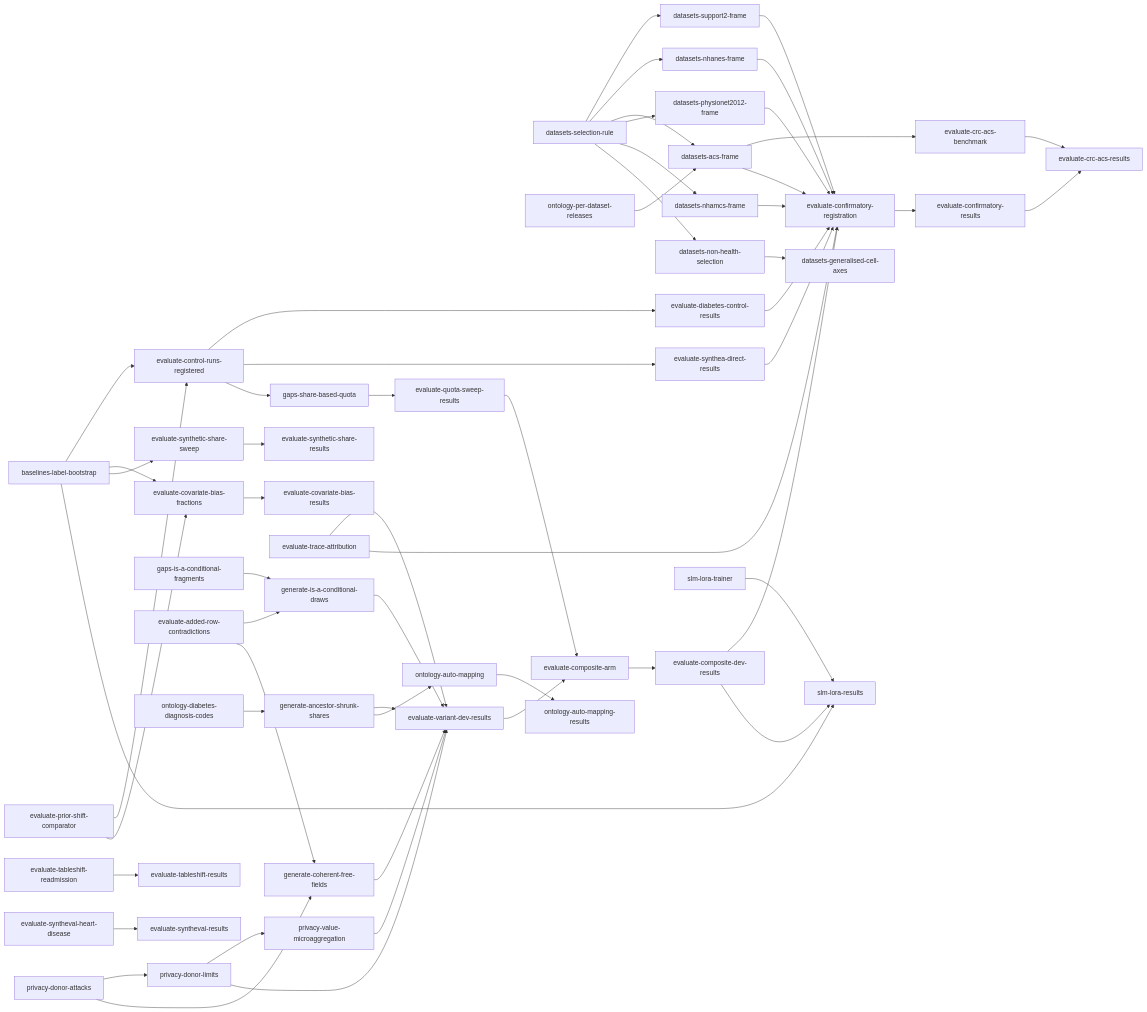
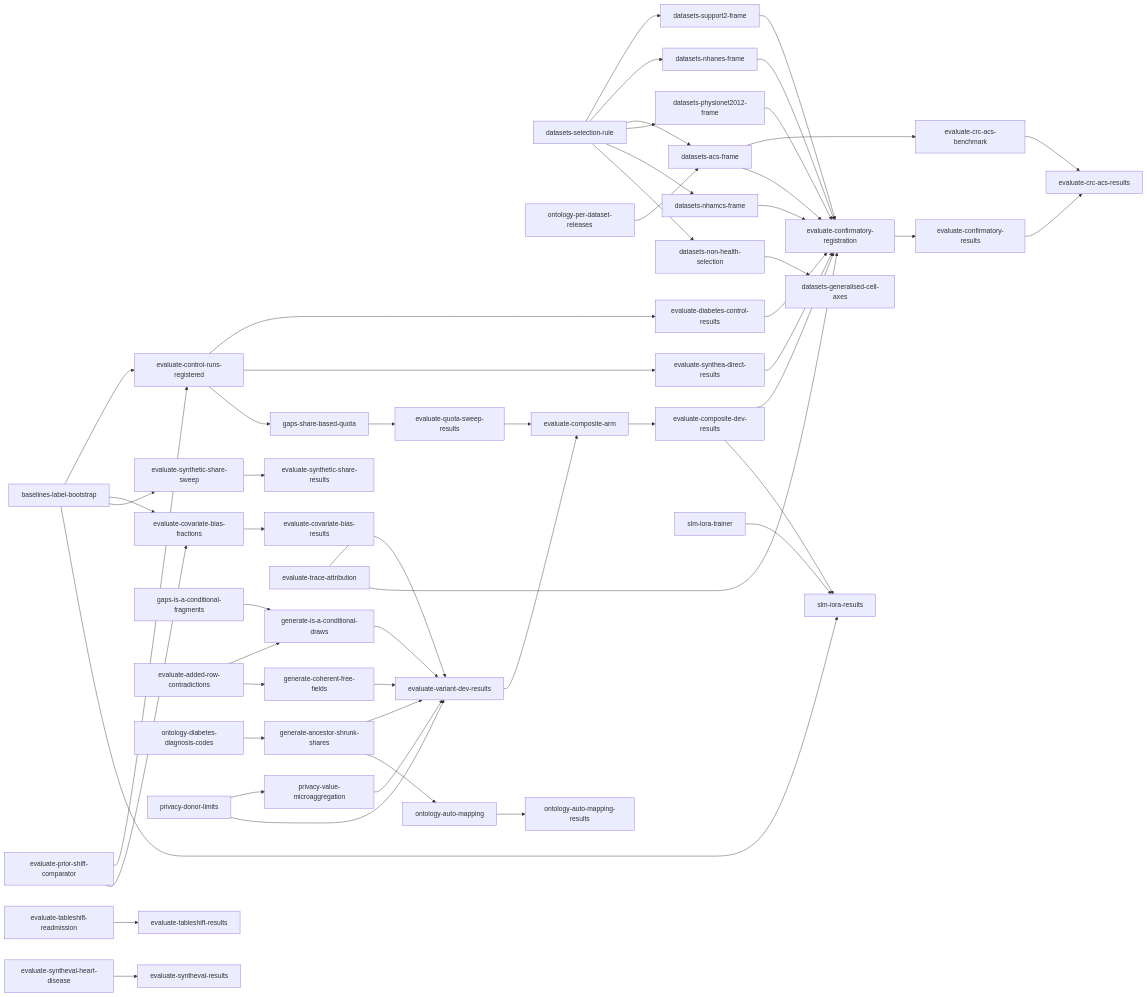
One commit to joe-dartmouth/synthetic changed the diagram in tasks/direct-index.md. Above: the diagram before and after it, drawn with Mermaid. The commit also changed other lines of this file and 18 other files, not shown here.

First line of the commit message:
Add the match attack and donor reuse to privacy (#115)

````diff
--- a/tasks/direct-index.md
+++ b/tasks/direct-index.md
@@ -86,58 +86,56 @@
 ```mermaid
 flowchart LR
     u4[baselines-label-bootstrap] --> u6[evaluate-control-runs-registered]
     u4 --> u37[evaluate-covariate-bias-fractions]
     u5[evaluate-prior-shift-comparator] --> u6
     u5 --> u37
     u37 --> u38[evaluate-covariate-bias-results]
     u39[evaluate-tableshift-readmission] --> u40[evaluate-tableshift-results]
     u6 --> u7[evaluate-diabetes-control-results]
     u6 --> u8[evaluate-synthea-direct-results]
     u10[gaps-is-a-conditional-fragments] --> u11[generate-is-a-conditional-draws]
     u9[evaluate-added-row-contradictions] --> u11
     u12[ontology-diabetes-diagnosis-codes] --> u13[generate-ancestor-shrunk-shares]
-    u14[privacy-donor-attacks] --> u15[privacy-donor-limits]
-    u15 --> u16[privacy-value-microaggregation]
+    u15[privacy-donor-limits] --> u16[privacy-value-microaggregation]
     u9 --> u17[generate-coherent-free-fields]
-    u14 --> u17
     u11 --> u19[evaluate-variant-dev-results]
     u13 --> u19
     u15 --> u19
     u16 --> u19
     u17 --> u19
     u18[evaluate-trace-attribution] --> u19
     u6 --> u20[gaps-share-based-quota]
     u20 --> u21[evaluate-quota-sweep-results]
     u23[datasets-selection-rule] --> u25[datasets-support2-frame]
     u23 --> u26[datasets-nhanes-frame]
     u23 --> u27[datasets-acs-frame]
     u24[ontology-per-dataset-releases] --> u27
     u27 --> u41[evaluate-crc-acs-benchmark]
     u23 --> u47[datasets-physionet2012-frame]
     u23 --> u48[datasets-nhamcs-frame]
     u23 --> u49[datasets-non-health-selection]
     u49 --> u50[datasets-generalised-cell-axes]
     u43[evaluate-syntheval-heart-disease] --> u44[evaluate-syntheval-results]
     u19 --> u28[evaluate-composite-arm]
     u21 --> u28
     u28 --> u29[evaluate-composite-dev-results]
     u7 --> u30[evaluate-confirmatory-registration]
     u8 --> u30
     u18 --> u30
     u4 --> u45[evaluate-synthetic-share-sweep]
     u45 --> u46[evaluate-synthetic-share-results]
     u25 --> u30
     u26 --> u30
     u27 --> u30
     u47 --> u30
     u48 --> u30
     u29 --> u30
     u30 --> u31[evaluate-confirmatory-results]
     u41 --> u42[evaluate-crc-acs-results]
     u31 --> u42
     u13 --> u32[ontology-auto-mapping]
     u32 --> u33[ontology-auto-mapping-results]
     u29 --> u36[slm-lora-results]
     u35[slm-lora-trainer] --> u36
     u4 --> u36
 ```
````
